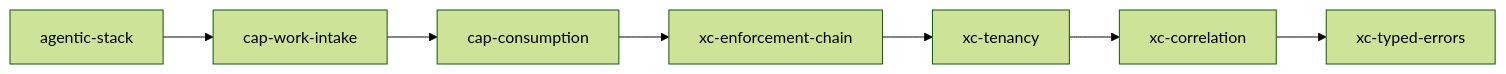
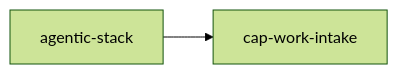
Before and after one commit to Dadlorian/AGENT: the eighth of 10 diagrams in docs/skill-graph.md, drawn with Mermaid (forest theme). The commit also changed other lines of this file and 406 other files, not shown here.

````diff
--- a/docs/skill-graph.md
+++ b/docs/skill-graph.md
@@ -428,9 +314,4 @@
 ```mermaid
 graph LR
     agentic-stack --> cap-work-intake
-    cap-work-intake --> cap-consumption
-    cap-consumption --> xc-enforcement-chain
-    xc-enforcement-chain --> xc-tenancy
-    xc-tenancy --> xc-correlation
-    xc-correlation --> xc-typed-errors
 ```
````
